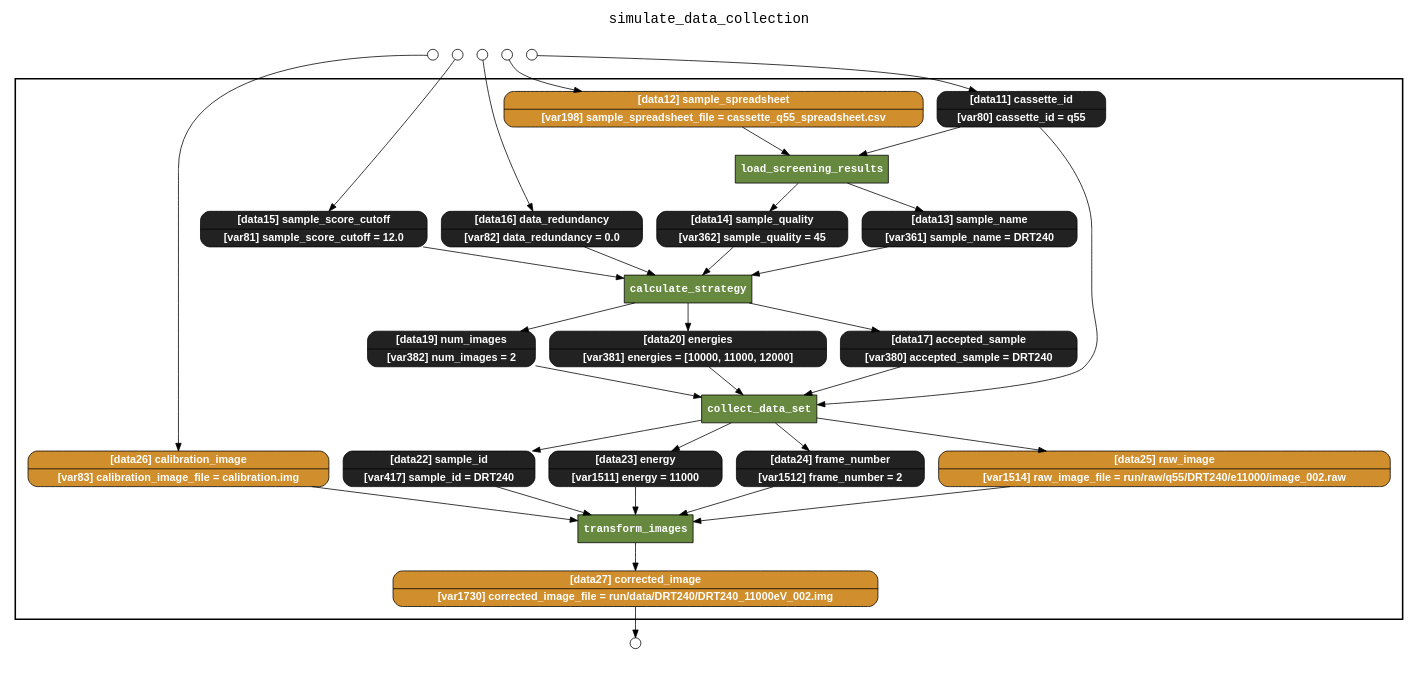
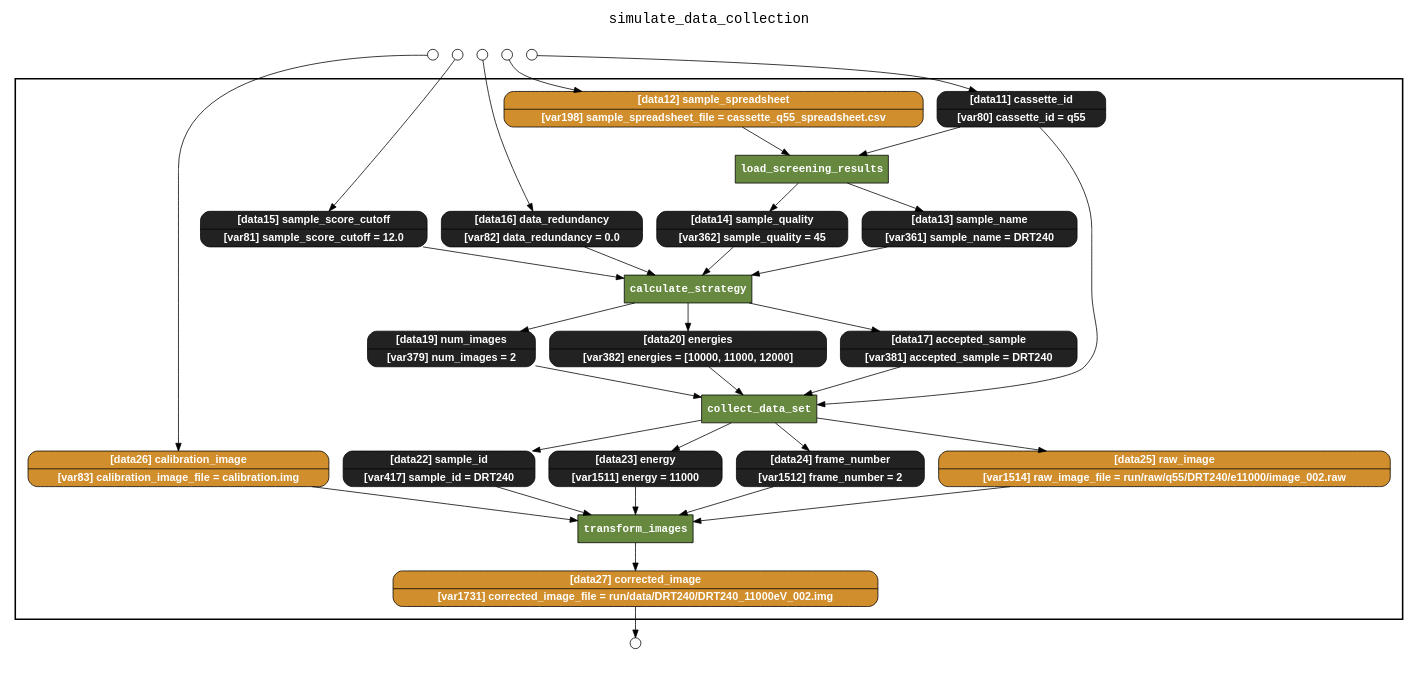
One commit to yesworkflow-org/yw-noworkflow changed the diagram in examples/simulate_data_collection/graph/yw_nw_retrospective_lineage.gv. Above: the diagram before and after it, drawn with Graphviz. The commit also changed 585 other files, not shown here.

```diff
--- a/examples/simulate_data_collection/graph/yw_nw_retrospective_lineage.gv
+++ b/examples/simulate_data_collection/graph/yw_nw_retrospective_lineage.gv
@@ -1,77 +1,77 @@
 
 digraph yw_data_view {
 rankdir=TB
 fontname=Courier; fontsize=18; labelloc=t
 label="simulate_data_collection"
 subgraph cluster_workflow { label=""; color=black; penwidth=2
 subgraph cluster_workflow_inner { label=""; color=white
 node[shape=box style=filled fillcolor="#66883F" peripheries=1 fontname="Courier-Bold" fontcolor=white]
 collect_data_set
 calculate_strategy
 load_screening_results
 transform_images
 node[shape=box style="filled" fillcolor="#CCFFCC" peripheries=1 fontname=Courier]
 node[shape=box style="rounded,filled" fillcolor="#D18E2C" peripheries=1 fontname="Helvetica-Bold"]
 sample_spreadsheet [shape=record rankdir=LR label="{<f0> [data12] sample_spreadsheet |<f1> [var198] sample_spreadsheet_file = cassette_q55_spreadsheet.csv}"]
 raw_image [shape=record rankdir=LR label="{<f0> [data25] raw_image |<f1> [var1514] raw_image_file = run/raw/q55/DRT240/e11000/image_002.raw}"]
 calibration_image [shape=record rankdir=LR label="{<f0> [data26] calibration_image |<f1> [var83] calibration_image_file = calibration.img}"]
-corrected_image [shape=record rankdir=LR label="{<f0> [data27] corrected_image |<f1> [var1730] corrected_image_file = run/data/DRT240/DRT240_11000eV_002.img}"]
+corrected_image [shape=record rankdir=LR label="{<f0> [data27] corrected_image |<f1> [var1731] corrected_image_file = run/data/DRT240/DRT240_11000eV_002.img}"]
 node[shape=box style="rounded,filled" fillcolor="#222222" peripheries=1 fontname="Helvetica-Bold"]
 cassette_id [shape=record rankdir=LR label="{<f0> [data11] cassette_id |<f1> [var80] cassette_id = q55}"]
 sample_name [shape=record rankdir=LR label="{<f0> [data13] sample_name |<f1> [var361] sample_name = DRT240}"]
 sample_quality [shape=record rankdir=LR label="{<f0> [data14] sample_quality |<f1> [var362] sample_quality = 45}"]
 sample_score_cutoff [shape=record rankdir=LR label="{<f0> [data15] sample_score_cutoff |<f1> [var81] sample_score_cutoff = 12.0}"]
 data_redundancy [shape=record rankdir=LR label="{<f0> [data16] data_redundancy |<f1> [var82] data_redundancy = 0.0}"]
-accepted_sample [shape=record rankdir=LR label="{<f0> [data17] accepted_sample |<f1> [var380] accepted_sample = DRT240}"]
-num_images [shape=record rankdir=LR label="{<f0> [data19] num_images |<f1> [var382] num_images = 2}"]
-energies [shape=record rankdir=LR label="{<f0> [data20] energies |<f1> [var381] energies = [10000, 11000, 12000]}"]
+accepted_sample [shape=record rankdir=LR label="{<f0> [data17] accepted_sample |<f1> [var381] accepted_sample = DRT240}"]
+num_images [shape=record rankdir=LR label="{<f0> [data19] num_images |<f1> [var379] num_images = 2}"]
+energies [shape=record rankdir=LR label="{<f0> [data20] energies |<f1> [var382] energies = [10000, 11000, 12000]}"]
 sample_id [shape=record rankdir=LR label="{<f0> [data22] sample_id |<f1> [var417] sample_id = DRT240}"]
 energy [shape=record rankdir=LR label="{<f0> [data23] energy |<f1> [var1511] energy = 11000}"]
 frame_number [shape=record rankdir=LR label="{<f0> [data24] frame_number |<f1> [var1512] frame_number = 2}"]
 }}
 subgraph cluster_inflows { label=""; color=white; penwidth=2
 subgraph cluster_inflows_inner { label=""; color=white
 node[shape=circle fillcolor="#FFFFFF" peripheries=1 width=0.2]
 sample_spreadsheet_inflow [label=""]
 calibration_image_inflow [label=""]
 sample_score_cutoff_inflow [label=""]
 data_redundancy_inflow [label=""]
 cassette_id_inflow [label=""]
 }}
 subgraph cluster_outflows { label=""; color=white; penwidth=2
 subgraph cluster_outflows_inner { label=""; color=white
 node[shape=circle fillcolor="#FFFFFF" peripheries=1 width=0.2]
 corrected_image_outflow [label=""]
 }}
+sample_quality -> calculate_strategy
+sample_spreadsheet -> load_screening_results
+cassette_id -> collect_data_set
+cassette_id -> load_screening_results
+sample_score_cutoff -> calculate_strategy
+accepted_sample -> collect_data_set
+data_redundancy -> calculate_strategy
+sample_id -> transform_images
+frame_number -> transform_images
 num_images -> collect_data_set
+energy -> transform_images
 sample_name -> calculate_strategy
+raw_image -> transform_images
 calibration_image -> transform_images
 energies -> collect_data_set
-sample_quality -> calculate_strategy
-sample_score_cutoff -> calculate_strategy
-accepted_sample -> collect_data_set
-cassette_id -> collect_data_set
-cassette_id -> load_screening_results
-sample_spreadsheet -> load_screening_results
-data_redundancy -> calculate_strategy
-frame_number -> transform_images
-energy -> transform_images
-sample_id -> transform_images
-raw_image -> transform_images
 load_screening_results -> sample_name
 load_screening_results -> sample_quality
 calculate_strategy -> accepted_sample
 calculate_strategy -> num_images
 calculate_strategy -> energies
 collect_data_set -> sample_id
 collect_data_set -> energy
 collect_data_set -> frame_number
 collect_data_set -> raw_image
 transform_images -> corrected_image
 sample_spreadsheet_inflow -> sample_spreadsheet
 calibration_image_inflow -> calibration_image
 sample_score_cutoff_inflow -> sample_score_cutoff
 data_redundancy_inflow -> data_redundancy
 cassette_id_inflow -> cassette_id
 corrected_image -> corrected_image_outflow
 }
```
